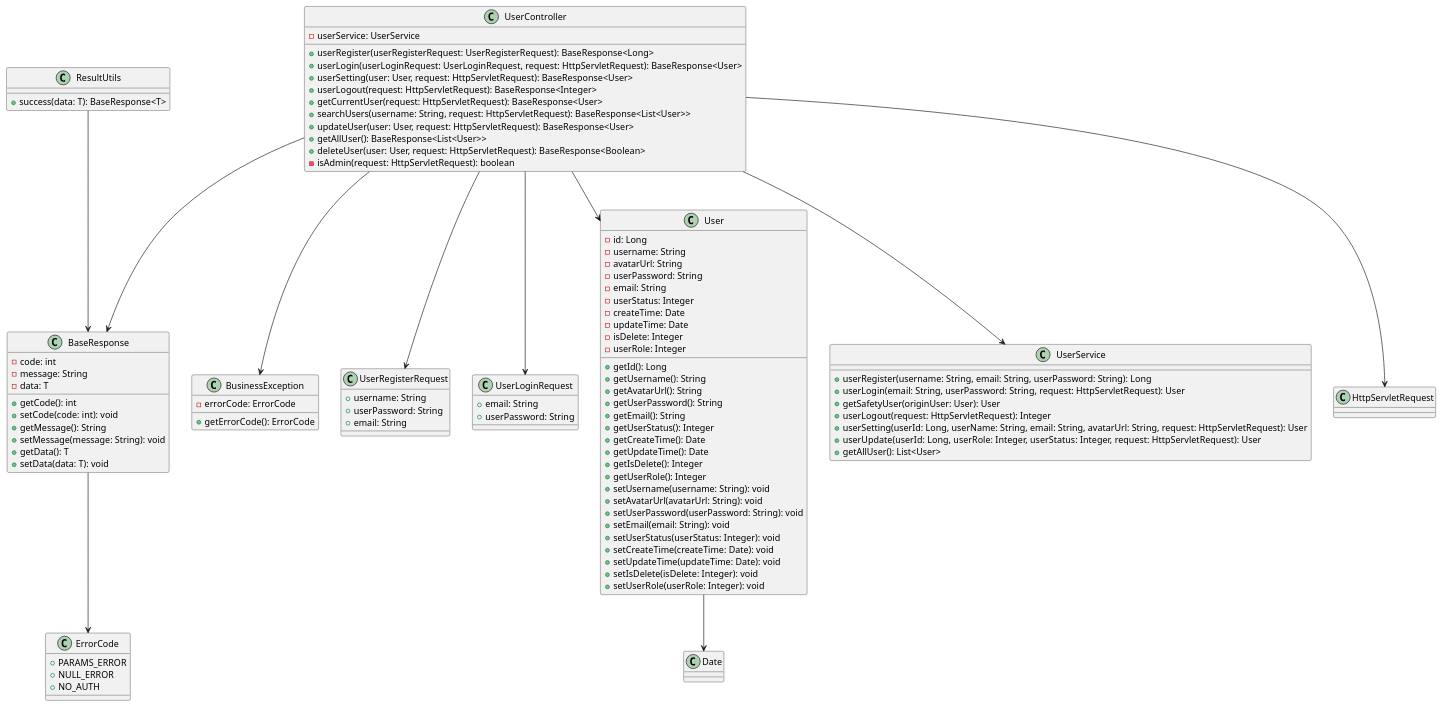
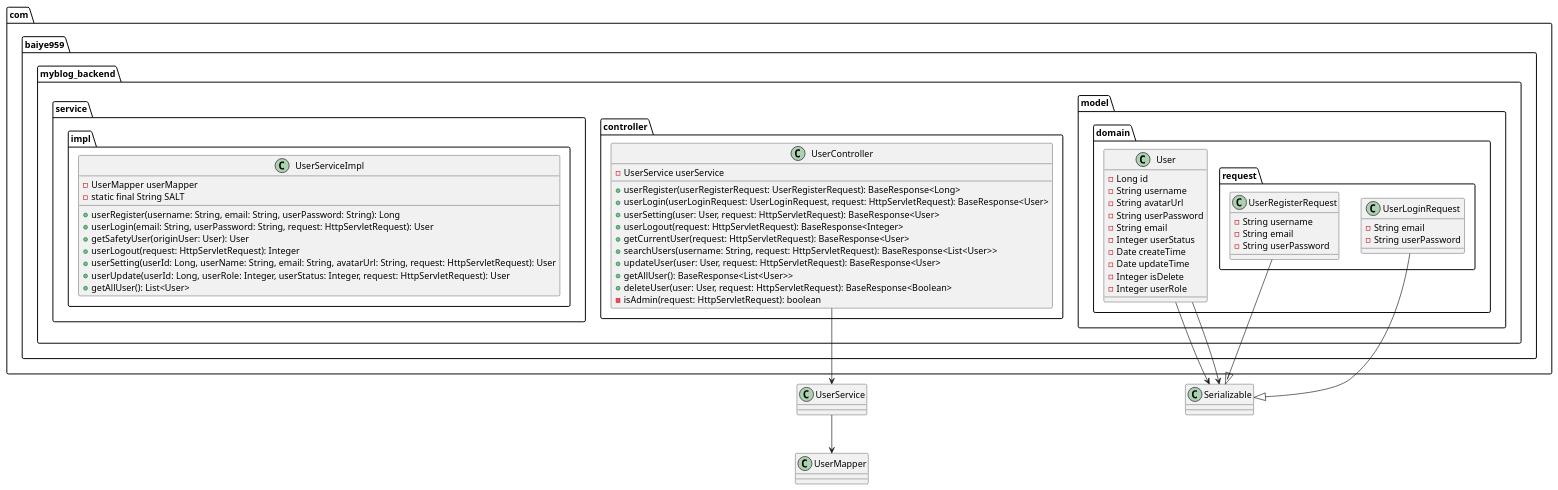
Before and after one commit to Baiye959/MyBlog: the diagram in myblog_backend/user.puml, drawn with PlantUML. The commit also changed 7 other files, not shown here.

Commit message:
feat:photo and blog (plantUML)|fix:delete blog

```diff
--- a/myblog_backend/user.puml
+++ b/myblog_backend/user.puml
@@ -1,110 +1,68 @@
 @startuml
 
-class BaseResponse {
-    - code: int
-    - message: String
-    - data: T
-    + getCode(): int
-    + setCode(code: int): void
-    + getMessage(): String
-    + setMessage(message: String): void
-    + getData(): T
-    + setData(data: T): void
+package "com.baiye959.myblog_backend.controller" {
+    class UserController {
+        - UserService userService
+        + userRegister(userRegisterRequest: UserRegisterRequest): BaseResponse<Long>
+        + userLogin(userLoginRequest: UserLoginRequest, request: HttpServletRequest): BaseResponse<User>
+        + userSetting(user: User, request: HttpServletRequest): BaseResponse<User>
+        + userLogout(request: HttpServletRequest): BaseResponse<Integer>
+        + getCurrentUser(request: HttpServletRequest): BaseResponse<User>
+        + searchUsers(username: String, request: HttpServletRequest): BaseResponse<List<User>>
+        + updateUser(user: User, request: HttpServletRequest): BaseResponse<User>
+        + getAllUser(): BaseResponse<List<User>>
+        + deleteUser(user: User, request: HttpServletRequest): BaseResponse<Boolean>
+        - isAdmin(request: HttpServletRequest): boolean
+    }
 }
 
-class ErrorCode {
-    + PARAMS_ERROR
-    + NULL_ERROR
-    + NO_AUTH
+package "com.baiye959.myblog_backend.model.domain.request" {
+    class UserLoginRequest {
+        - String email
+        - String userPassword
+    }
+
+    class UserRegisterRequest {
+        - String username
+        - String email
+        - String userPassword
+    }
 }
 
-class ResultUtils {
-    + success(data: T): BaseResponse<T>
+package "com.baiye959.myblog_backend.model.domain" {
+    class User {
+        - Long id
+        - String username
+        - String avatarUrl
+        - String userPassword
+        - String email
+        - Integer userStatus
+        - Date createTime
+        - Date updateTime
+        - Integer isDelete
+        - Integer userRole
+    }
 }
 
-class BusinessException {
-    - errorCode: ErrorCode
-    + getErrorCode(): ErrorCode
-}
-
-class UserRegisterRequest {
-    + username: String
-    + userPassword: String
-    + email: String
-}
-
-class UserLoginRequest {
-    + email: String
-    + userPassword: String
-}
-
-class User {
-    - id: Long
-    - username: String
-    - avatarUrl: String
-    - userPassword: String
-    - email: String
-    - userStatus: Integer
-    - createTime: Date
-    - updateTime: Date
-    - isDelete: Integer
-    - userRole: Integer
-    + getId(): Long
-    + getUsername(): String
-    + getAvatarUrl(): String
-    + getUserPassword(): String
-    + getEmail(): String
-    + getUserStatus(): Integer
-    + getCreateTime(): Date
-    + getUpdateTime(): Date
-    + getIsDelete(): Integer
-    + getUserRole(): Integer
-    + setUsername(username: String): void
-    + setAvatarUrl(avatarUrl: String): void
-    + setUserPassword(userPassword: String): void
-    + setEmail(email: String): void
-    + setUserStatus(userStatus: Integer): void
-    + setCreateTime(createTime: Date): void
-    + setUpdateTime(updateTime: Date): void
-    + setIsDelete(isDelete: Integer): void
-    + setUserRole(userRole: Integer): void
-}
-
-class UserService {
-    + userRegister(username: String, email: String, userPassword: String): Long
-    + userLogin(email: String, userPassword: String, request: HttpServletRequest): User
-    + getSafetyUser(originUser: User): User
-    + userLogout(request: HttpServletRequest): Integer
-    + userSetting(userId: Long, userName: String, email: String, avatarUrl: String, request: HttpServletRequest): User
-    + userUpdate(userId: Long, userRole: Integer, userStatus: Integer, request: HttpServletRequest): User
-    + getAllUser(): List<User>
-}
-
-class UserController {
-    - userService: UserService
-    + userRegister(userRegisterRequest: UserRegisterRequest): BaseResponse<Long>
-    + userLogin(userLoginRequest: UserLoginRequest, request: HttpServletRequest): BaseResponse<User>
-    + userSetting(user: User, request: HttpServletRequest): BaseResponse<User>
-    + userLogout(request: HttpServletRequest): BaseResponse<Integer>
-    + getCurrentUser(request: HttpServletRequest): BaseResponse<User>
-    + searchUsers(username: String, request: HttpServletRequest): BaseResponse<List<User>>
-    + updateUser(user: User, request: HttpServletRequest): BaseResponse<User>
-    + getAllUser(): BaseResponse<List<User>>
-    + deleteUser(user: User, request: HttpServletRequest): BaseResponse<Boolean>
-    - isAdmin(request: HttpServletRequest): boolean
+package "com.baiye959.myblog_backend.service.impl" {
+    class UserServiceImpl {
+        - UserMapper userMapper
+        - static final String SALT
+        + userRegister(username: String, email: String, userPassword: String): Long
+        + userLogin(email: String, userPassword: String, request: HttpServletRequest): User
+        + getSafetyUser(originUser: User): User
+        + userLogout(request: HttpServletRequest): Integer
+        + userSetting(userId: Long, userName: String, email: String, avatarUrl: String, request: HttpServletRequest): User
+        + userUpdate(userId: Long, userRole: Integer, userStatus: Integer, request: HttpServletRequest): User
+        + getAllUser(): List<User>
+    }
 }
 
 UserController --> UserService
-UserController --> UserRegisterRequest
-UserController --> UserLoginRequest
-UserController --> User
-UserController --> BaseResponse
-UserController --> BusinessException
-UserController --> HttpServletRequest
-
-BaseResponse --> ErrorCode
-ResultUtils --> BaseResponse
-
-User --> Date
+UserLoginRequest --|> Serializable
+UserRegisterRequest --|> Serializable
+User --> Serializable
+UserService --> UserMapper
+User --> Serializable
 
 @enduml
```
